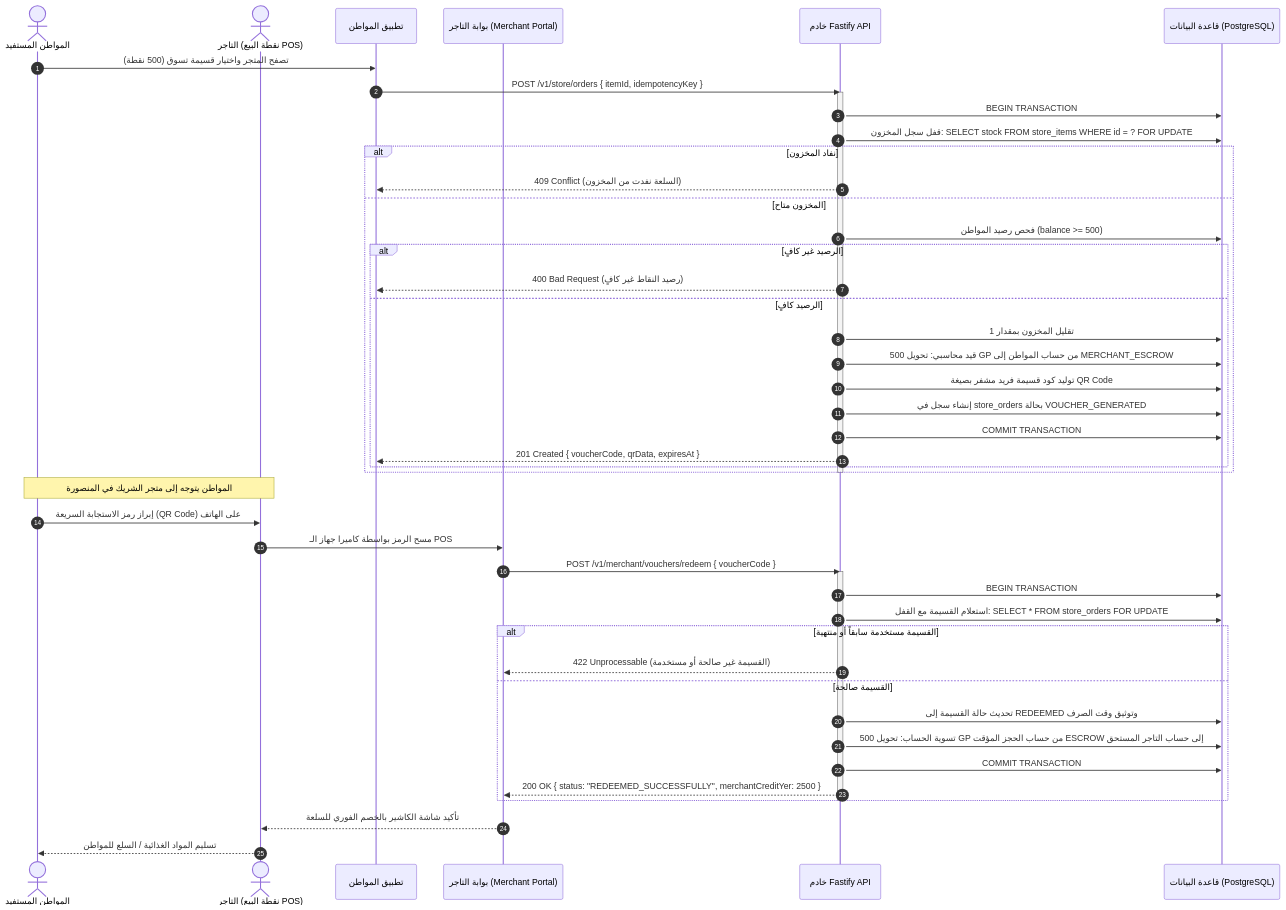
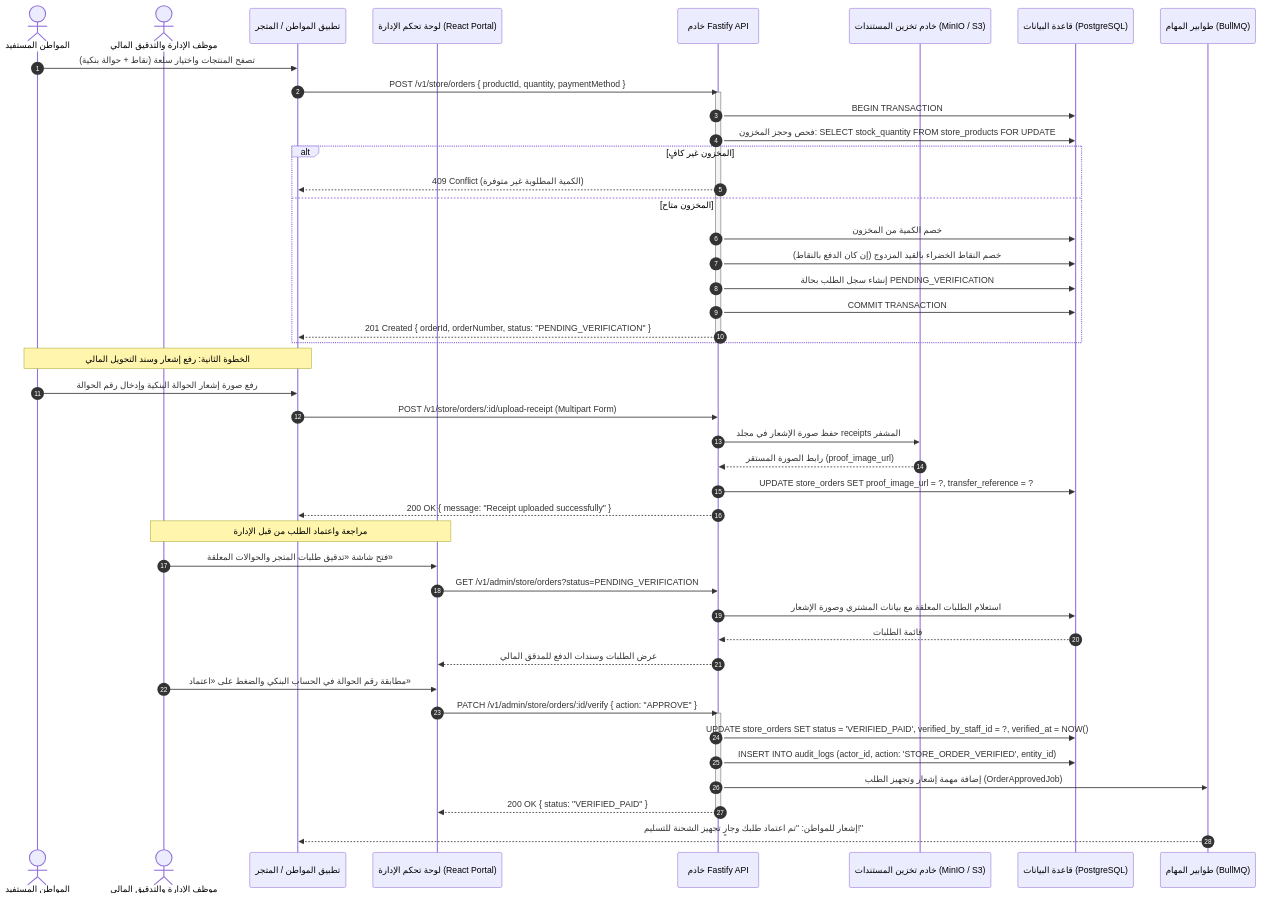
One commit to A-S-Y/Athar changed the third of 4 diagrams in docs/03-flows-and-logic/sequences.md. Above: the diagram before and after it, drawn with Mermaid. The commit also changed other lines of this file and 27 other files, not shown here.

Commit message:
refactor: revert merchant escrow and outbox pattern to two-step store and direct background workers

````diff
--- a/docs/03-flows-and-logic/sequences.md
+++ b/docs/03-flows-and-logic/sequences.md
@@ -121,54 +121,56 @@
 ```mermaid
 sequenceDiagram
     autonumber
     actor Resident as المواطن المستفيد
-    actor Merchant as التاجر (نقطة البيع POS)
-    participant ResApp as تطبيق المواطن
-    participant MerchApp as بوابة التاجر (Merchant Portal)
+    actor Staff as موظف الإدارة والتدقيق المالي
+    participant ResApp as تطبيق المواطن / المتجر
+    participant AdminPortal as لوحة تحكم الإدارة (React Portal)
     participant API as خادم Fastify API
+    participant S3 as خادم تخزين المستندات (MinIO / S3)
     participant DB as قاعدة البيانات (PostgreSQL)
+    participant Queue as طوابير المهام (BullMQ)
 
-    Resident->>ResApp: تصفح المتجر واختيار قسيمة تسوق (500 نقطة)
-    ResApp->>API: POST /v1/store/orders { itemId, idempotencyKey }
+    Resident->>ResApp: تصفح المنتجات واختيار سلعة (نقاط + حوالة بنكية)
+    ResApp->>API: POST /v1/store/orders { productId, quantity, paymentMethod }
     
     activate API
     API->>DB: BEGIN TRANSACTION
-    API->>DB: قفل سجل المخزون: SELECT stock FROM store_items WHERE id = ? FOR UPDATE
-    alt نفاد المخزون
-        API-->>ResApp: 409 Conflict (السلعة نفدت من المخزون)
+    API->>DB: فحص وحجز المخزون: SELECT stock_quantity FROM store_products FOR UPDATE
+    alt المخزون غير كافٍ
+        API-->>ResApp: 409 Conflict (الكمية المطلوبة غير متوفرة)
     else المخزون متاح
-        API->>DB: فحص رصيد المواطن (balance >= 500)
-        alt الرصيد غير كافٍ
-            API-->>ResApp: 400 Bad Request (رصيد النقاط غير كافٍ)
-        else الرصيد كافٍ
-            API->>DB: تقليل المخزون بمقدار 1
-            API->>DB: قيد محاسبي: تحويل 500 GP من حساب المواطن إلى MERCHANT_ESCROW
-            API->>DB: توليد كود قسيمة فريد مشفر بصيغة QR Code
-            API->>DB: إنشاء سجل في store_orders بحالة VOUCHER_GENERATED
-            API->>DB: COMMIT TRANSACTION
-            API-->>ResApp: 201 Created { voucherCode, qrData, expiresAt }
-        end
+        API->>DB: خصم الكمية من المخزون
+        API->>DB: خصم النقاط الخضراء بالقيد المزدوج (إن كان الدفع بالنقاط)
+        API->>DB: إنشاء سجل الطلب بحالة PENDING_VERIFICATION
+        API->>DB: COMMIT TRANSACTION
+        API-->>ResApp: 201 Created { orderId, orderNumber, status: "PENDING_VERIFICATION" }
     end
     deactivate API
-    
-    Note over Resident,Merchant: المواطن يتوجه إلى متجر الشريك في المنصورة
-    Resident->>Merchant: إبراز رمز الاستجابة السريعة (QR Code) على الهاتف
-    Merchant->>MerchApp: مسح الرمز بواسطة كاميرا جهاز الـ POS
-    MerchApp->>API: POST /v1/merchant/vouchers/redeem { voucherCode }
+
+    Note over Resident,ResApp: الخطوة الثانية: رفع إشعار وسند التحويل المالي
+    Resident->>ResApp: رفع صورة إشعار الحوالة البنكية وإدخال رقم الحوالة
+    ResApp->>API: POST /v1/store/orders/:id/upload-receipt (Multipart Form)
+    API->>S3: حفظ صورة الإشعار في مجلد receipts المشفر
+    S3-->>API: رابط الصورة المستقر (proof_image_url)
+    API->>DB: UPDATE store_orders SET proof_image_url = ?, transfer_reference = ?
+    API-->>ResApp: 200 OK { message: "Receipt uploaded successfully" }
+
+    Note over Staff,AdminPortal: مراجعة واعتماد الطلب من قبل الإدارة
+    Staff->>AdminPortal: فتح شاشة «تدقيق طلبات المتجر والحوالات المعلقة»
+    AdminPortal->>API: GET /v1/admin/store/orders?status=PENDING_VERIFICATION
+    API->>DB: استعلام الطلبات المعلقة مع بيانات المشتري وصورة الإشعار
+    DB-->>API: قائمة الطلبات
+    API-->>AdminPortal: عرض الطلبات وسندات الدفع للمدقق المالي
+
+    Staff->>AdminPortal: مطابقة رقم الحوالة في الحساب البنكي والضغط على «اعتماد»
+    AdminPortal->>API: PATCH /v1/admin/store/orders/:id/verify { action: "APPROVE" }
     
     activate API
-    API->>DB: BEGIN TRANSACTION
-    API->>DB: استعلام القسيمة مع القفل: SELECT * FROM store_orders FOR UPDATE
-    alt القسيمة مستخدمة سابقاً أو منتهية
-        API-->>MerchApp: 422 Unprocessable (القسيمة غير صالحة أو مستخدمة)
-    else القسيمة صالحة
-        API->>DB: تحديث حالة القسيمة إلى REDEEMED وتوثيق وقت الصرف
-        API->>DB: تسوية الحساب: تحويل 500 GP من حساب الحجز المؤقت ESCROW إلى حساب التاجر المستحق
-        API->>DB: COMMIT TRANSACTION
-        API-->>MerchApp: 200 OK { status: "REDEEMED_SUCCESSFULLY", merchantCreditYer: 2500 }
-    end
+    API->>DB: UPDATE store_orders SET status = 'VERIFIED_PAID', verified_by_staff_id = ?, verified_at = NOW()
+    API->>DB: INSERT INTO audit_logs (actor_id, action: 'STORE_ORDER_VERIFIED', entity_id)
+    API->>Queue: إضافة مهمة إشعار وتجهيز الطلب (OrderApprovedJob)
+    API-->>AdminPortal: 200 OK { status: "VERIFIED_PAID" }
     deactivate API
-    
-    MerchApp-->>Merchant: تأكيد شاشة الكاشير بالخصم الفوري للسلعة
-    Merchant-->>Resident: تسليم المواد الغذائية / السلع للمواطن
+
+    Queue-->>ResApp: إشعار للمواطن: "تم اعتماد طلبك وجارٍ تجهيز الشحنة للتسليم!"
 ```
````
